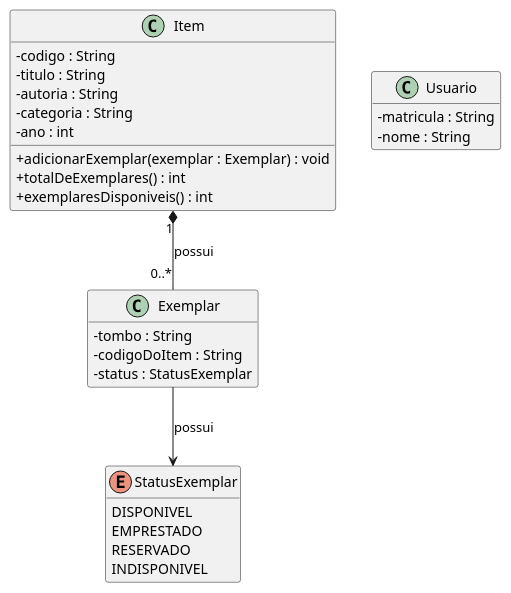
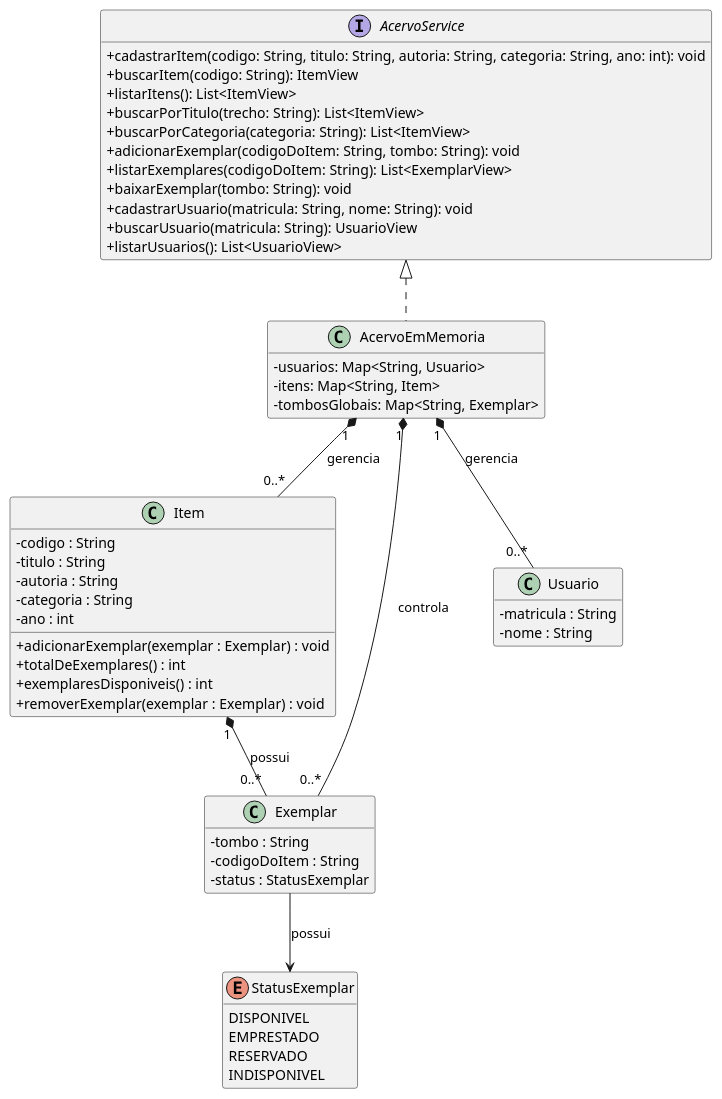
The diagram in docs/modelo.puml (poo-dcx-2026-2/equipe-01-itgirls), drawn with PlantUML before and after one commit. The commit also changed 1 other file, not shown here.

Commit message:
docs: atualiza diagrama UML no puml e gera imagem modelo.png

```diff
--- a/docs/modelo.puml
+++ b/docs/modelo.puml
@@ -1,45 +1,73 @@
 @startuml
 ' Modelo de domínio do sistema: Entrega 1.
 '
 ' Este arquivo é o ponto de partida. Substitua pelo modelo da sua equipe.
 ' O diagrama precisa corresponder ao código entregue.
 '
 ' Para gerar a imagem: instale o plugin PlantUML no IntelliJ, ou use
 '   plantuml docs/modelo.puml
 ' e versione a imagem gerada ao lado deste arquivo.
 
 skinparam classAttributeIconSize 0
 hide empty members
 
+
+interface AcervoService {
+  + cadastrarItem(codigo: String, titulo: String, autoria: String, categoria: String, ano: int): void
+  + buscarItem(codigo: String): ItemView
+  + listarItens(): List<ItemView>
+  + buscarPorTitulo(trecho: String): List<ItemView>
+  + buscarPorCategoria(categoria: String): List<ItemView>
+  + adicionarExemplar(codigoDoItem: String, tombo: String): void
+  + listarExemplares(codigoDoItem: String): List<ExemplarView>
+  + baixarExemplar(tombo: String): void
+  + cadastrarUsuario(matricula: String, nome: String): void
+  + buscarUsuario(matricula: String): UsuarioView
+  + listarUsuarios(): List<UsuarioView>
+}
+
+class AcervoEmMemoria implements AcervoService {
+  - usuarios: Map<String, Usuario>
+  - itens: Map<String, Item>
+  - tombosGlobais: Map<String, Exemplar>
+}
+
+
+
+
 class Item {
   - codigo : String
   - titulo : String
   - autoria : String
   - categoria : String
   - ano : int
   + adicionarExemplar(exemplar : Exemplar) : void
   + totalDeExemplares() : int
   + exemplaresDisponiveis() : int
+  + removerExemplar(exemplar : Exemplar) : void
 }
 
 class Exemplar {
   - tombo : String
   - codigoDoItem : String
   - status : StatusExemplar
 }
 
 enum StatusExemplar {
   DISPONIVEL
   EMPRESTADO
   RESERVADO
   INDISPONIVEL
 }
 
 class Usuario {
   - matricula : String
   - nome : String
 }
 
+AcervoEmMemoria "1" *-- "0..*" Item : gerencia
+AcervoEmMemoria "1" *-- "0..*" Usuario : gerencia
+AcervoEmMemoria "1" *-- "0..*" Exemplar : controla
 Item "1" *-- "0..*" Exemplar : possui
 Exemplar --> StatusExemplar : possui
 @enduml
```
